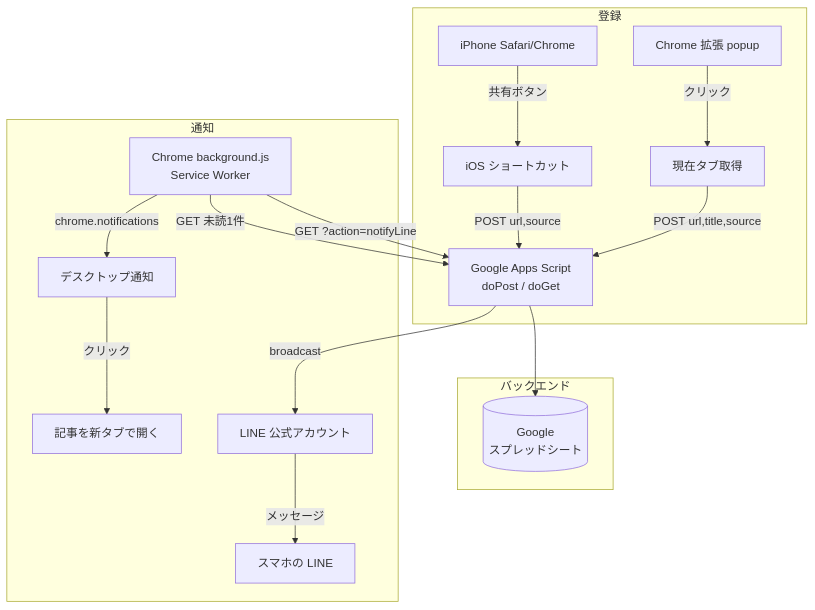
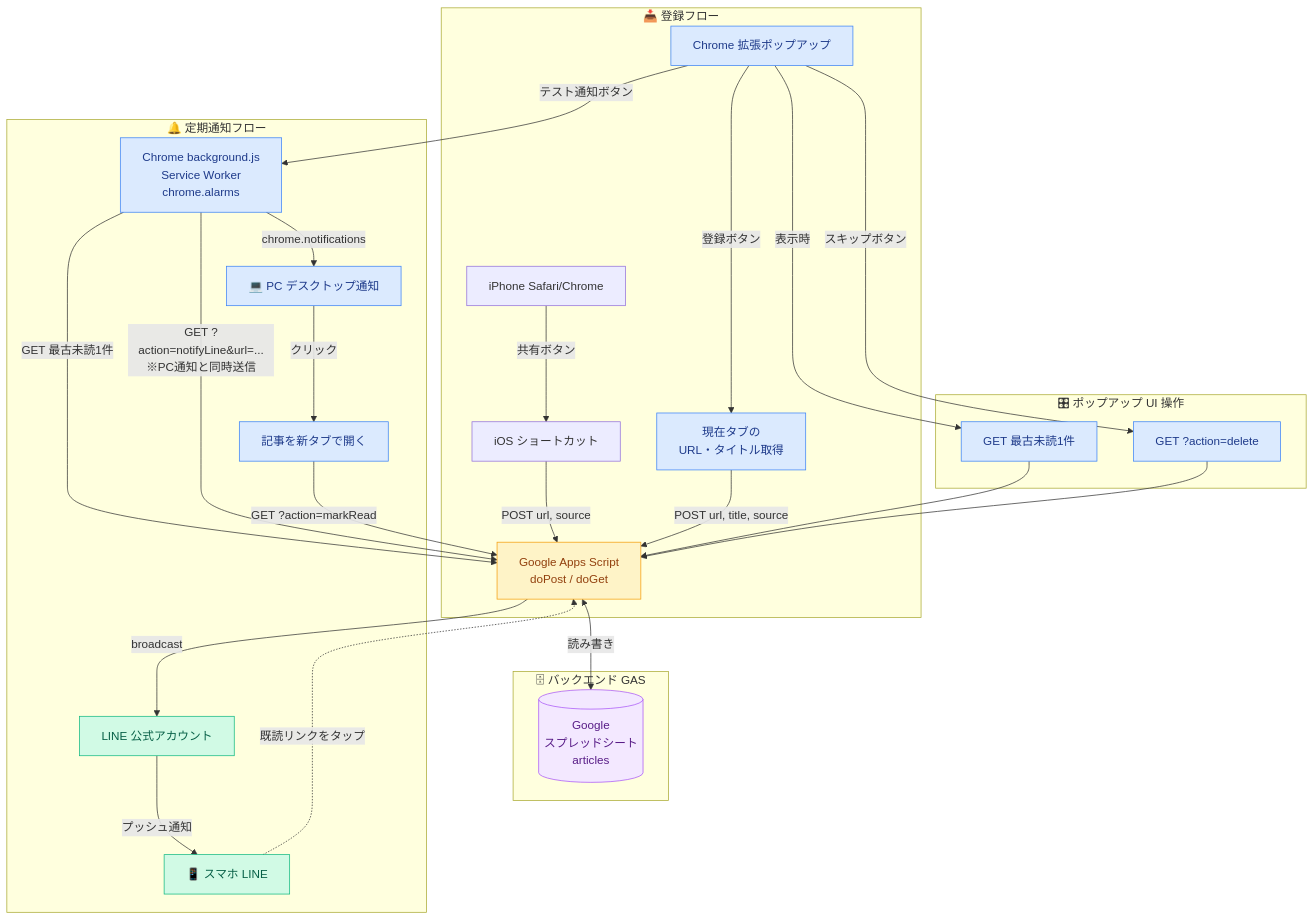
Before and after one commit to ryusei2790/force_reading-main: the diagram in README.md, drawn with Mermaid. The commit also changed other lines of this file, not shown here.

Commit message:
docs: アーキテクチャMermaid図を実装に合わせて全面更新
- スキップ機能 / テスト通知 / 既読化動線 / ポップアップ未読表示を反映
- LINE通知のPC通知同期送信をラベルで明示
- subgraphを3→4に拡張（登録/バックエンド/定期通知/操作系）
- classDefでGAS=黄、Chrome=青、LINE=緑、DB=紫にカラーリング
- 改行表記を \n から <br/> に統一
- 「図の読み方」セクションを追加

````diff
--- a/README.md
+++ b/README.md
@@ -63,23 +63,48 @@
 ```mermaid
 flowchart TD
-    subgraph 登録
-        A[iPhone Safari/Chrome] -->|共有ボタン| B[iOS ショートカット]
-        C[Chrome 拡張 popup] -->|クリック| D[現在タブ取得]
-        B -->|POST url,source| GAS
-        D -->|POST url,title,source| GAS
+    %% ── 登録フロー ──────────────────────────
+    subgraph 登録["📥 登録フロー"]
+        IP[iPhone Safari/Chrome] -->|共有ボタン| SC[iOS ショートカット]
+        SC -->|POST url, source| GAS
+        EX[Chrome 拡張ポップアップ] -->|登録ボタン| TAB[現在タブの<br/>URL・タイトル取得]
+        TAB -->|POST url, title, source| GAS
     end
 
-    subgraph バックエンド
-        GAS[Google Apps Script\ndoPost / doGet] --> SS[(Google\nスプレッドシート)]
+    %% ── バックエンド ────────────────────────
+    subgraph バックエンド["🗄 バックエンド GAS"]
+        GAS["Google Apps Script<br/>doPost / doGet"]
+        GAS <-->|読み書き| SS[(Google<br/>スプレッドシート<br/>articles)]
     end
 
-    subgraph 通知
-        BG[Chrome background.js\nService Worker] -->|GET 未読1件| GAS
-        BG -->|chrome.notifications| NOTIF[デスクトップ通知]
-        NOTIF -->|クリック| TAB[記事を新タブで開く]
+    %% ── 定期通知フロー（メイン）─────────────
+    subgraph 通知["🔔 定期通知フロー"]
+        BG["Chrome background.js<br/>Service Worker<br/>chrome.alarms"]
+        BG -->|GET 最古未読1件| GAS
+        BG -->|chrome.notifications| PCNOTIF[💻 PC デスクトップ通知]
+        BG -->|GET ?action=notifyLine&url=...<br/>※PC通知と同時送信| GAS
+        GAS -->|broadcast| LINE[LINE 公式アカウント]
+        LINE -->|プッシュ通知| PHONE[📱 スマホ LINE]
 
-        BG -->|GET ?action=notifyLine| GAS
-        GAS -->|broadcast| LINE[LINE 公式アカウント]
-        LINE -->|メッセージ| PHONE[スマホの LINE]
+        PCNOTIF -->|クリック| OPENTAB[記事を新タブで開く]
+        OPENTAB -->|GET ?action=markRead| GAS
+        PHONE -.->|既読リンクをタップ| GAS
     end
+
+    %% ── ポップアップUI（操作系）──────────────
+    subgraph 操作["🎛 ポップアップ UI 操作"]
+        EX -->|表示時| GETONE[GET 最古未読1件]
+        GETONE --> GAS
+        EX -->|スキップボタン| DEL[GET ?action=delete]
+        DEL --> GAS
+        EX -->|テスト通知ボタン| BG
+    end
+
+    classDef gas fill:#fef3c7,stroke:#f59e0b,color:#92400e
+    classDef chrome fill:#dbeafe,stroke:#3b82f6,color:#1e3a8a
+    classDef line fill:#d1fae5,stroke:#10b981,color:#065f46
+    classDef storage fill:#f3e8ff,stroke:#a855f7,color:#581c87
+    class GAS gas
+    class BG,EX,TAB,PCNOTIF,OPENTAB,GETONE,DEL chrome
+    class LINE,PHONE line
+    class SS storage
 ```
````
